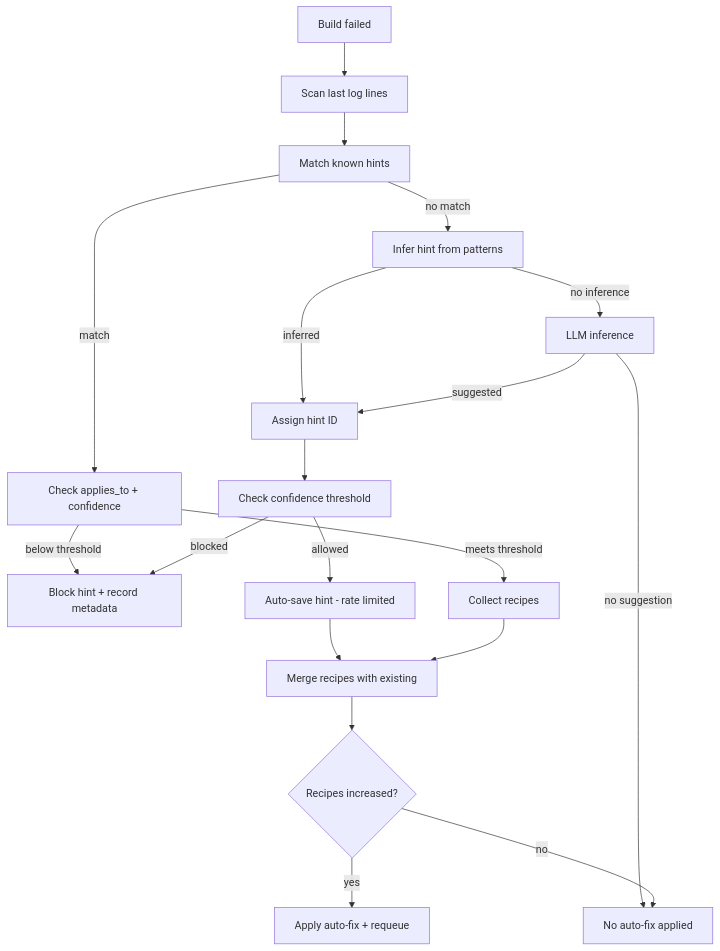
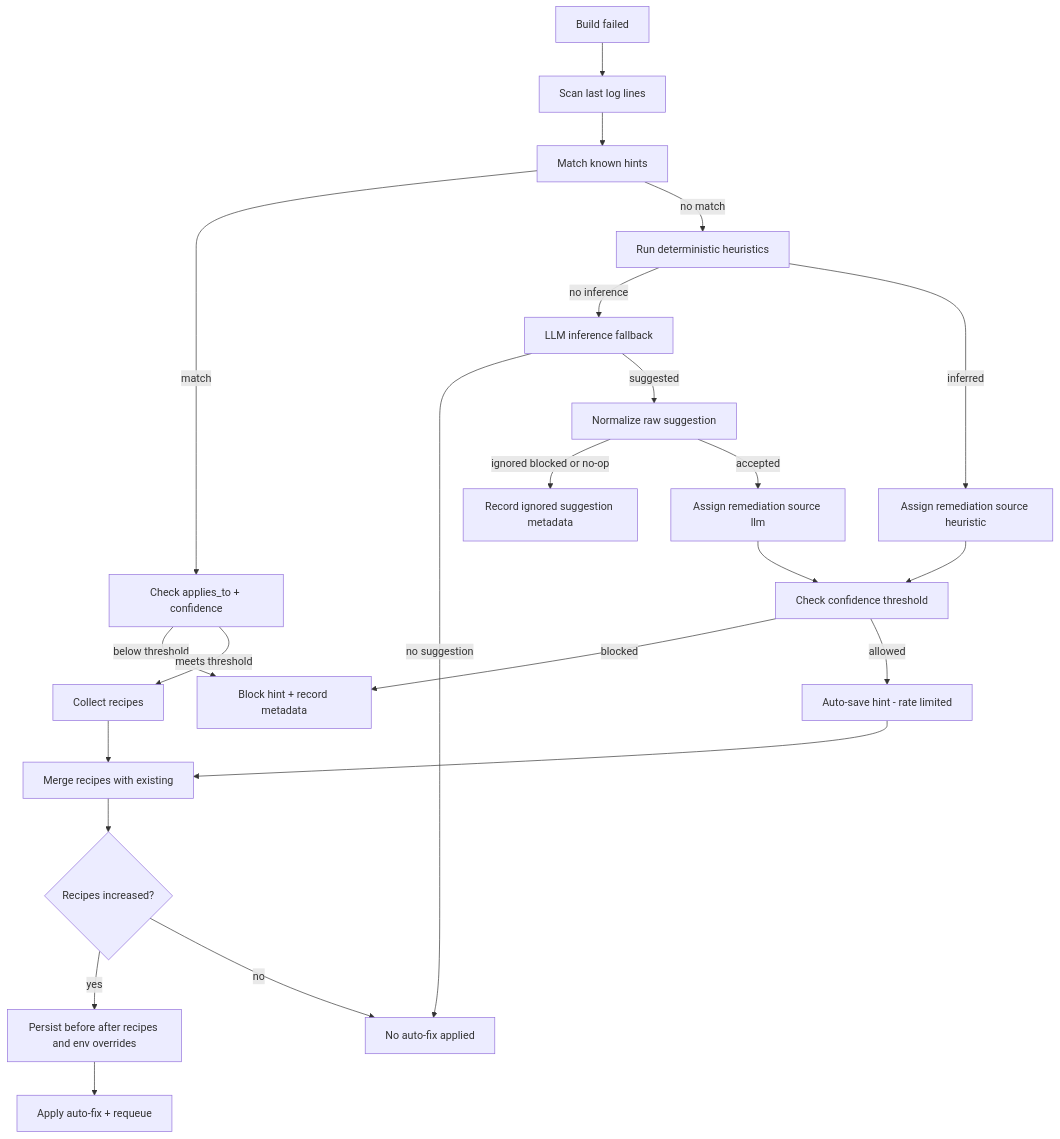
The diagram in docs/diagrams/auto-fix-decision-flow.mmd (k8ika0s/s390x-wheel-refinery), drawn with Mermaid before and after one commit. The commit also changed 10 other files, not shown here.

```diff
--- a/docs/diagrams/auto-fix-decision-flow.mmd
+++ b/docs/diagrams/auto-fix-decision-flow.mmd
@@ -1,19 +1,23 @@
 flowchart TD
   A[Build failed] --> B[Scan last log lines]
   B --> C[Match known hints]
   C -->|match| D[Check applies_to + confidence]
   D -->|below threshold| E[Block hint + record metadata]
   D -->|meets threshold| F[Collect recipes]
-  C -->|no match| G[Infer hint from patterns]
-  G -->|no inference| H[LLM inference]
-  G -->|inferred| I[Assign hint ID]
+  C -->|no match| G[Run deterministic heuristics]
+  G -->|no inference| H[LLM inference fallback]
+  G -->|inferred| I[Assign remediation source heuristic]
   H -->|no suggestion| X[No auto-fix applied]
-  H -->|suggested| I
-  I --> J[Check confidence threshold]
-  J -->|blocked| E
-  J -->|allowed| K[Auto-save hint - rate limited]
-  K --> L[Merge recipes with existing]
-  F --> L
-  L --> M{Recipes increased?}
-  M -->|yes| N[Apply auto-fix + requeue]
-  M -->|no| X
+  H -->|suggested| J[Normalize raw suggestion]
+  J -->|ignored blocked or no-op| Y[Record ignored suggestion metadata]
+  J -->|accepted| K[Assign remediation source llm]
+  I --> L[Check confidence threshold]
+  K --> L
+  L -->|blocked| E
+  L -->|allowed| M[Auto-save hint - rate limited]
+  M --> N[Merge recipes with existing]
+  F --> N
+  N --> O{Recipes increased?}
+  O -->|yes| P[Persist before after recipes and env overrides]
+  P --> Q[Apply auto-fix + requeue]
+  O -->|no| X
```
